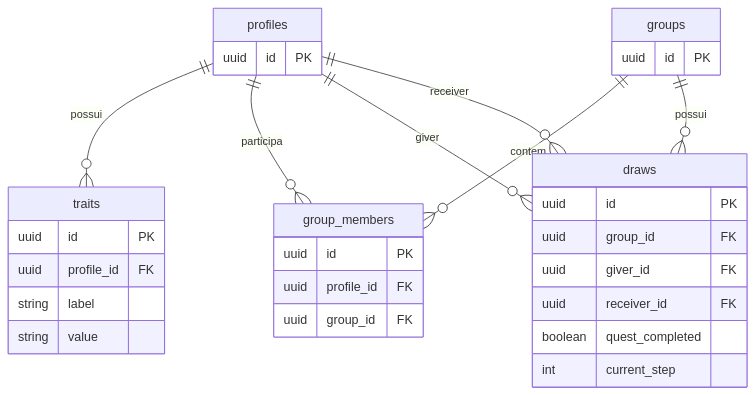
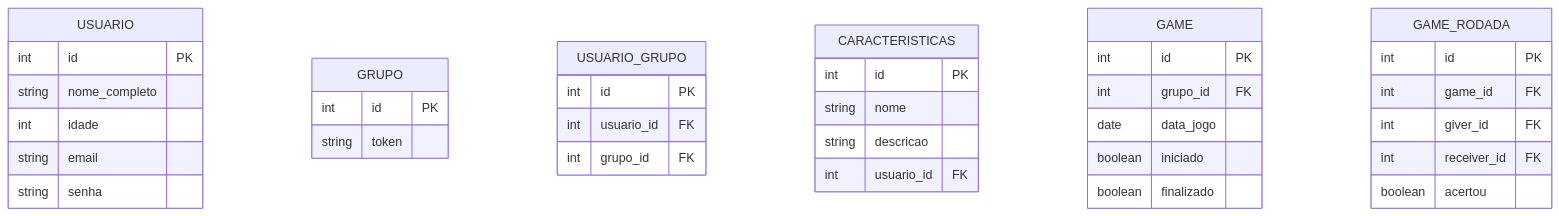
The diagram in docs/sdd.md (GabrielCamposManzole/secret-santa), drawn with Mermaid before and after one commit.

Commit message:
change ER Diagram

````diff
--- a/docs/sdd.md
+++ b/docs/sdd.md
@@ -33,40 +33,45 @@
 ```mermaid
 erDiagram
 
-    profiles ||--o{ traits : possui
-    profiles ||--o{ group_members : participa
-    groups ||--o{ group_members : contem
-    groups ||--o{ draws : possui
-    profiles ||--o{ draws : giver
-    profiles ||--o{ draws : receiver
-
-    profiles {
-        uuid id PK
+    USUARIO {
+        int id PK
+        string nome_completo
+        int idade
+        string email
+        string senha
     }
 
-    groups {
-        uuid id PK
+    GRUPO {
+        int id PK
+        string token
     }
 
-    group_members {
-        uuid id PK
-        uuid profile_id FK
-        uuid group_id FK
+    USUARIO_GRUPO {
+        int id PK
+        int usuario_id FK
+        int grupo_id FK
     }
 
-    draws {
-        uuid id PK
-        uuid group_id FK
-        uuid giver_id FK
-        uuid receiver_id FK
-        boolean quest_completed
-        int current_step
+    CARACTERISTICAS {
+        int id PK
+        string nome
+        string descricao
+        int usuario_id FK
     }
 
-    traits {
-        uuid id PK
-        uuid profile_id FK
-        string label
-        string value
+    GAME {
+        int id PK
+        int grupo_id FK
+        date data_jogo
+        boolean iniciado
+        boolean finalizado
+    }
+
+    GAME_RODADA {
+        int id PK
+        int game_id FK
+        int giver_id FK
+        int receiver_id FK
+        boolean acertou
     }
 ```
````
